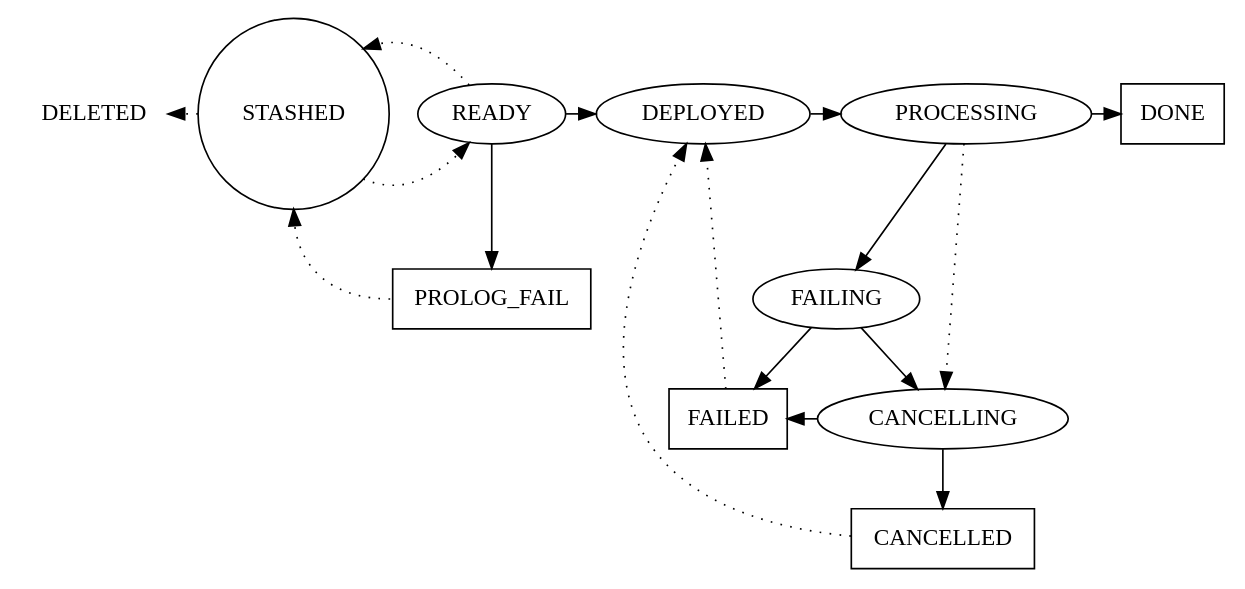
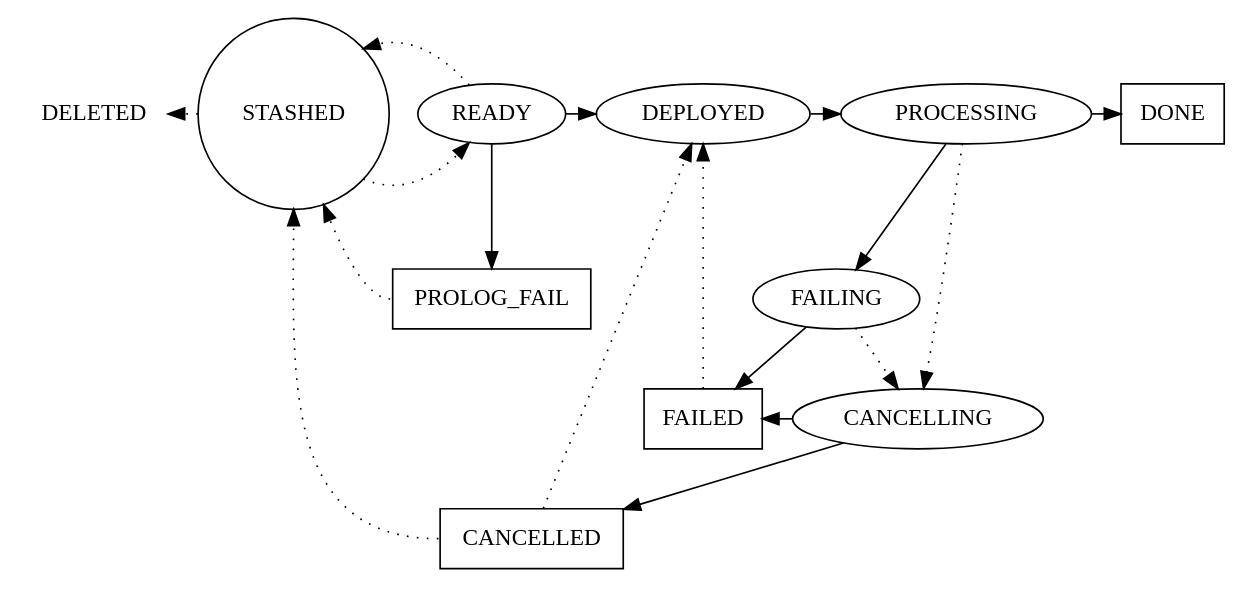
The diagram in brownthrower/doc/manager_cluster_states.dot (ptallada/brownthrower), drawn with Graphviz before and after one commit. The commit also changed 4 other files, not shown here.

```diff
--- a/brownthrower/doc/manager_cluster_states.dot
+++ b/brownthrower/doc/manager_cluster_states.dot
@@ -1,52 +1,53 @@
 digraph cluster_states {
     // Possible job states
     DELETED     [shape="plaintext"]; // The cluster has been deleted.
     STASHED     [shape="circle"];    // The cluster is in preparation phase. It is being configured and cannot be executed yet.
     READY       [shape="ellipse"];   // The cluster has been configured and its dependencies are already set. It will be executed as soon as possible.
     DEPLOYED    [shape="ellipse"];   // The prolog has been executed successfully and the job graph has been generated.
     PROLOG_FAIL [shape="box"];       // The prolog has failed to finish successfully
     CANCELLING  [shape="ellipse"];   // The user has asked to cancel this cluster.
     CANCELLED   [shape="box"]        // The cluster has been interrupted. No job has failed.
     FAILING     [shape="ellipse"];   // The cluster is still being processed and some job has failed.
     PROCESSING  [shape="ellipse"];   // The cluster is being processed. No job has failed.
     DONE        [shape="box"];       // All the jobs have finished successfully.
     FAILED      [shape="box"];       // All the jobs have finished and some have failed.
     
     // Grouping
     { //rank="source";
-        CANCELLING; FAILING; FAILED; CANCELLED;
+        PROLOG_FAIL;
     }
     { rank="same";
         DELETED; STASHED; READY; DEPLOYED; PROCESSING; DONE;
     }
     
     // Expected flow
     STASHED         -> READY       [style="dotted"]; // User marks this cluster as ready for execution
     READY           -> DEPLOYED    [style="solid"];  // The prolog has been executed successfully.
     DEPLOYED        -> PROCESSING  [style="solid"];  // The dispatcher is handling some of the jobs of this cluster
     PROCESSING      -> DONE        [style="solid"];  // All the jobs of this cluster have finished successfully
     
     // Cluster fails to run prolog
     READY           -> PROLOG_FAIL [style="solid"];  // The prolog did not finish successfully.
     
     // The job/runner fails to finish successfully
     PROCESSING      -> FAILING     [style="solid"];  // A job did not finish successfully
     FAILING         -> FAILED      [style="solid"];  // All the jobs in the cluster have finished and some failed.
     
     // The job has to be cancelled
     PROCESSING      -> CANCELLING  [style="dotted"]; // The user wants this cluster to be cancelled
-    FAILING         -> CANCELLING  [style="solid"];  // The user wants this cluster to be cancelled
+    FAILING         -> CANCELLING  [style="dotted"]; // The user wants this cluster to be cancelled
     CANCELLING      -> FAILED      [style="solid", constraint="false"];  // All jobs have been cancelled, but at least one of them failed.
     CANCELLING      -> CANCELLED   [style="solid"];  // All jobs have been cancelled and no one failed.
     
     // Return the cluster to the stash
-    READY           -> STASHED     [style="dotted"];
-    PROLOG_FAIL:w   -> STASHED:s   [style="dotted", constraint="false"];
+    READY           -> STASHED     [style="dotted", constraint="false"];
+    PROLOG_FAIL:w   -> STASHED   [style="dotted", constraint="false"];
+    CANCELLED:w     -> STASHED:s   [style="dotted"];
     
     // Retry/resume the cluster
     FAILED          -> DEPLOYED    [style="dotted"];
     CANCELLED       -> DEPLOYED    [style="dotted", constraint="false"];
     
     // Remove the cluster
     STASHED         -> DELETED     [style="dotted", constraint="false"];
 }
```
